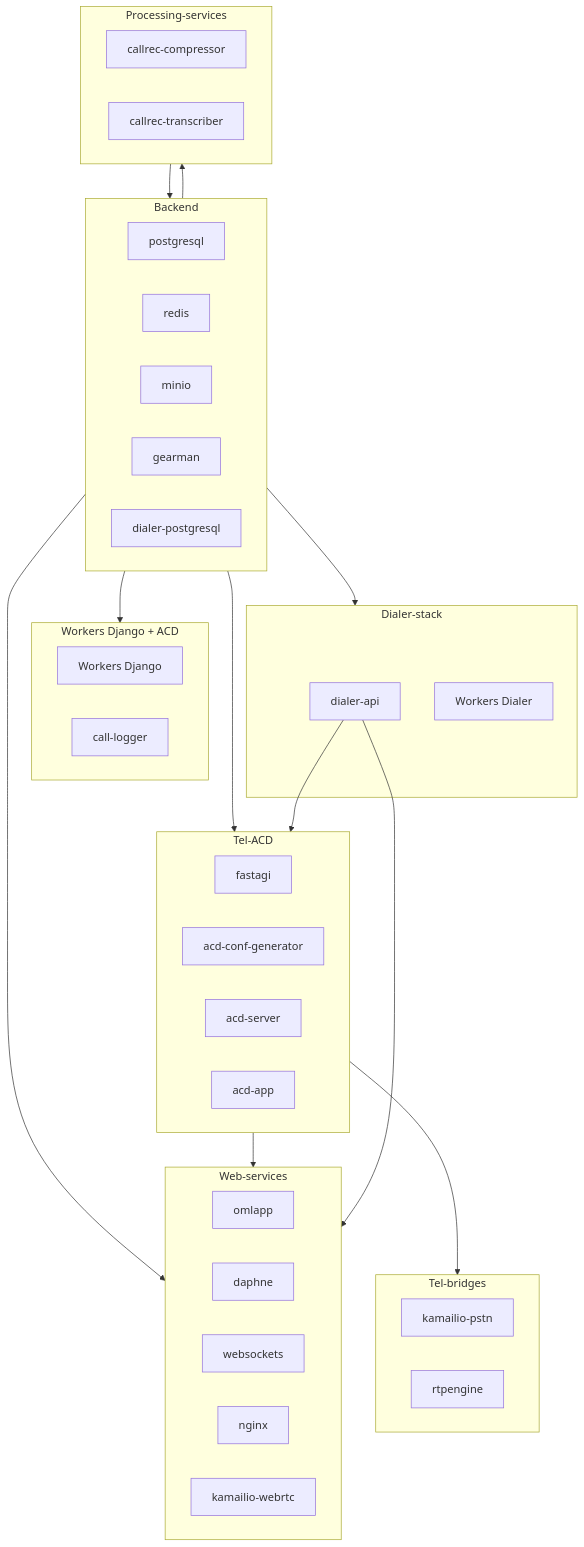
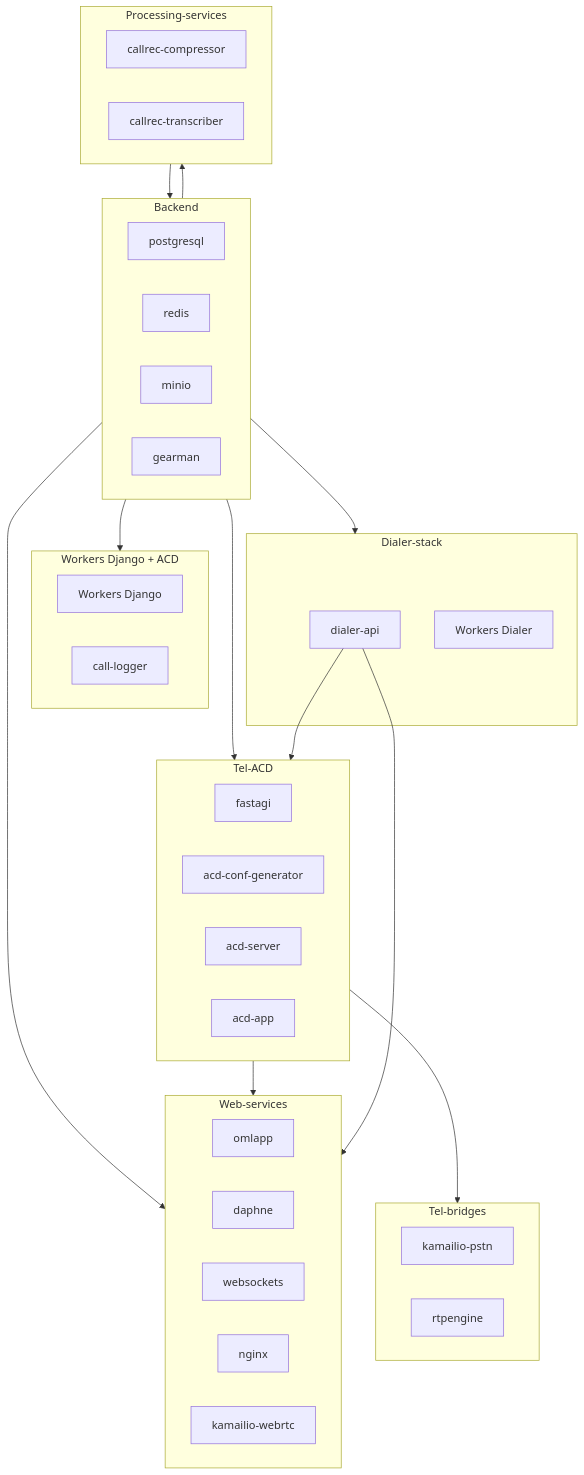
One commit to Freetech-Solutions/omldeploytool changed the diagram in docker-compose/deploy.md. Above: the diagram before and after it, drawn with Mermaid. The commit also changed other lines of this file and 21 other files, not shown here.

````diff
--- a/docker-compose/deploy.md
+++ b/docker-compose/deploy.md
@@ -147,56 +135,55 @@
 ```mermaid
 flowchart TB
   subgraph backend [Backend]
     postgresql[postgresql]
     redis[redis]
     minio[minio]
     gearman[gearman]
-    dialer_pg[dialer-postgresql]
   end
 
   subgraph tel_acd [Tel-ACD]
     fastagi[fastagi]
     acd_conf[acd-conf-generator]
     acd_server[acd-server]
     acd_app[acd-app]
   end
 
   subgraph tel_bridges [Tel-bridges]
     kamailio_pstn[kamailio-pstn]
     rtpengine[rtpengine]
   end
 
   subgraph web_services [Web-services]
     omlapp[omlapp]
     daphne[daphne]
     websockets[websockets]
     nginx[nginx]
     kamailio_webrtc[kamailio-webrtc]
   end
 
   subgraph workers [Workers Django + ACD]
     workers_django[Workers Django]
     call_logger[call-logger]
   end
 
   subgraph dialer_stack [Dialer-stack]
     dialer_api[dialer-api]
     dialer_workers[Workers Dialer]
   end
 
   subgraph processing [Processing-services]
     callrec_compressor[callrec-compressor]
     callrec_transcriber[callrec-transcriber]
   end
 
   backend --> web_services
   backend --> tel_acd
   backend --> dialer_stack
   backend --> workers
   backend --> processing
   tel_acd --> tel_bridges
   tel_acd --> web_services
   dialer_api --> tel_acd
   dialer_api --> web_services
   processing --> backend
 ```
````
